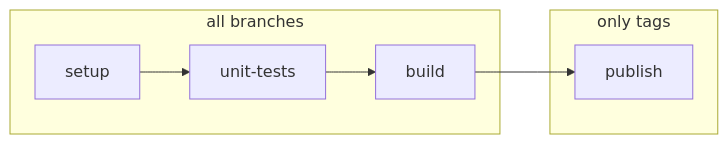
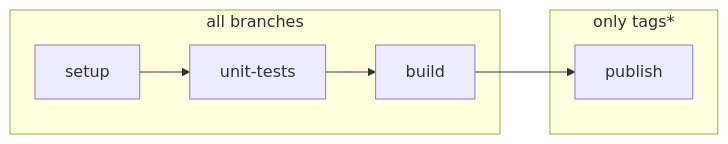
The second of 2 diagrams in MANIFEST.md (mmiranda222/.statsuite), drawn with Mermaid before and after one commit. The commit also changed other lines of this file, not shown here.

````diff
--- a/MANIFEST.md
+++ b/MANIFEST.md
@@ -38,10 +46,10 @@
 ```mermaid
 graph LR
     subgraph all branches
     setup --> unit-tests
     unit-tests --> build
     end
-    subgraph only tags
+    subgraph only tags*
     build --> publish
     end
 ```
````
